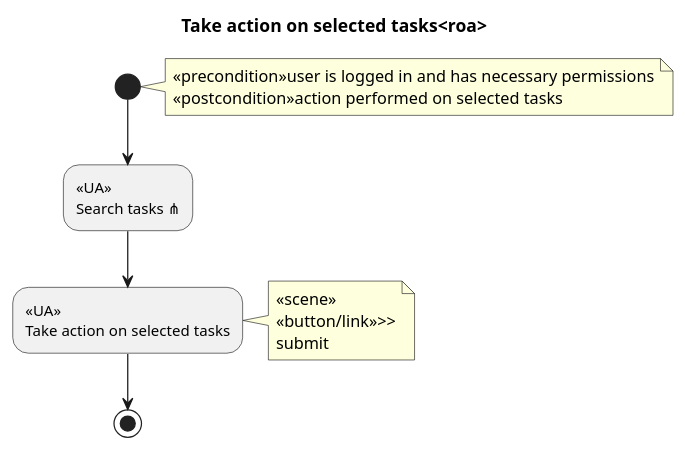
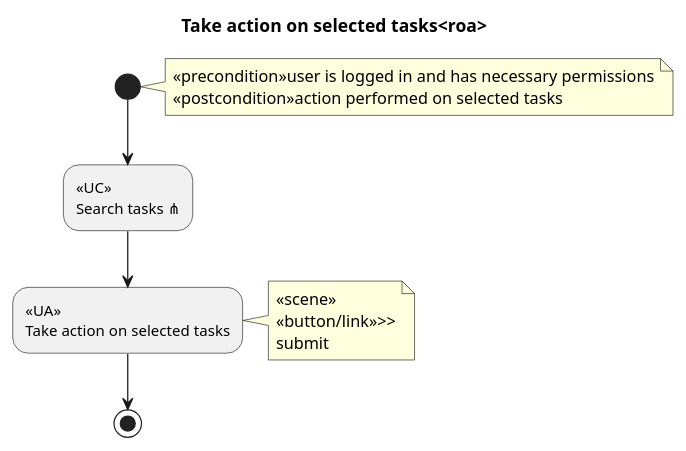
Diagram 12 of 38 in doc/worg/org-contrib/gsoc2012/student-projects/bugpile/i.org (bzg/bugpile), drawn with PlantUML before and after one commit. The commit also changed other lines of this file and 3 other files, not shown here.

Commit message:
i.org tutorial on worg: software oriented use case diagrams written.

```diff
--- a/doc/worg/org-contrib/gsoc2012/student-projects/bugpile/i.org
+++ b/doc/worg/org-contrib/gsoc2012/student-projects/bugpile/i.org
@@ -804,8 +806,8 @@
 #+begin_src plantuml :file ../../../../images/gsoc/2012/bugpile/take-action-select-tasks-uml-roa.png 
   title Take action on selected tasks<roa>
   note right: <<precondition>>user is logged in and has necessary permissions\n<<postcondition>>action performed on selected tasks
-  (*) --> "<<UA>>\nSearch tasks ⋔" 
+  (*) --> "<<UC>>\nSearch tasks ⋔" 
   --> "<<UA>>\nTake action on selected tasks"
   note right: <<scene>>\n<<button/link>>>>\nsubmit
   --> (*)
 #+end_src
```
